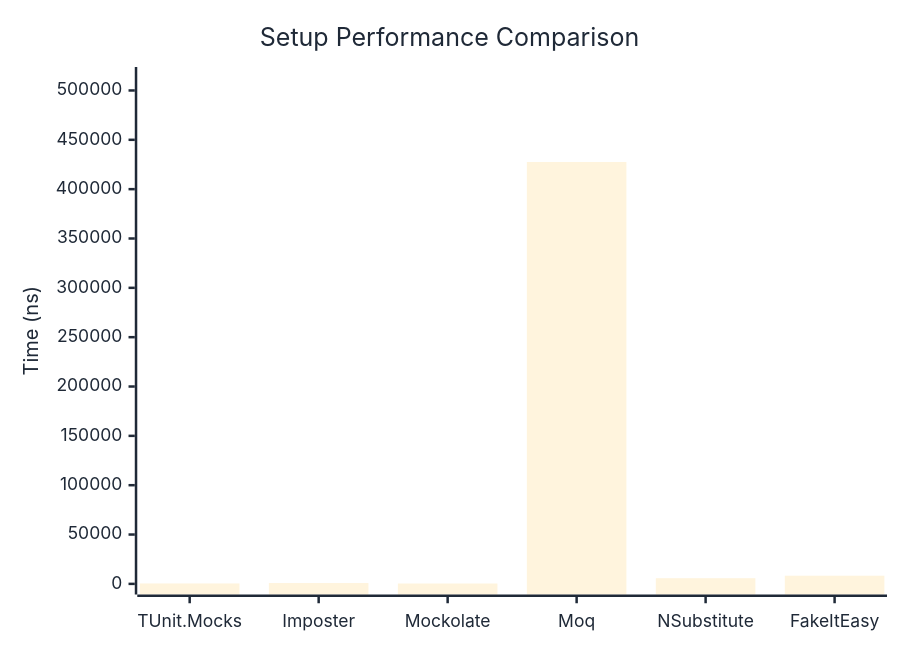
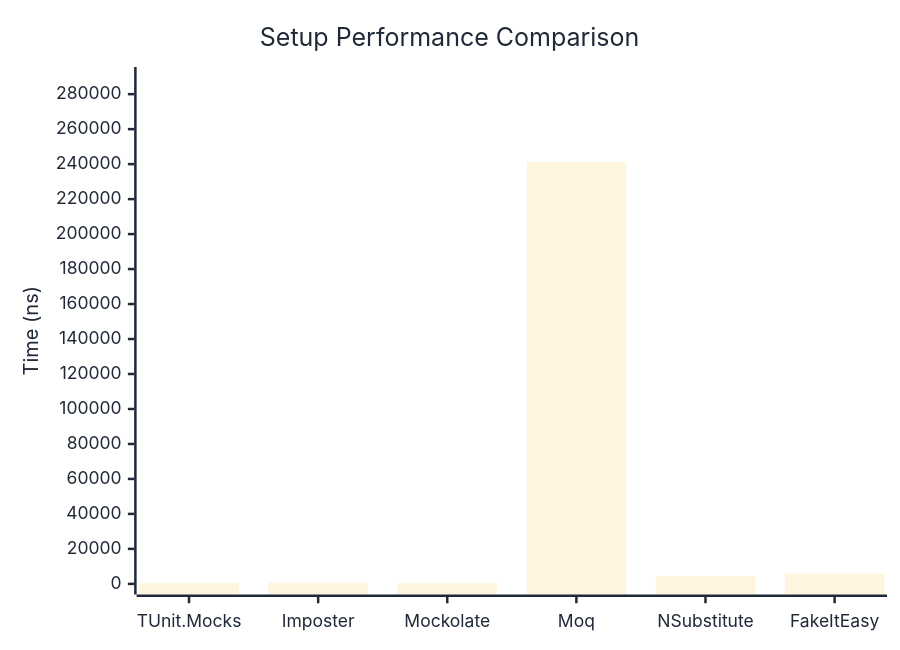
One commit to weiyilai/TUnit changed the first of 2 diagrams in docs/docs/benchmarks/mocks/Setup.md. Above: the diagram before and after it, drawn with Mermaid. The commit also changed other lines of this file and 14 other files, not shown here.

````diff
--- a/docs/docs/benchmarks/mocks/Setup.md
+++ b/docs/docs/benchmarks/mocks/Setup.md
@@ -28,27 +28,27 @@
 ```mermaid
 %%{init: {
   'theme':'base',
   'themeVariables': {
     'primaryColor': '#2563eb',
     'primaryTextColor': '#1f2937',
     'primaryBorderColor': '#1e40af',
     'lineColor': '#6b7280',
     'secondaryColor': '#7c3aed',
     'tertiaryColor': '#dc2626',
     'background': '#ffffff',
     'pie1': '#2563eb',
     'pie2': '#7c3aed',
     'pie3': '#dc2626',
     'pie4': '#f59e0b',
     'pie5': '#10b981',
     'pie6': '#06b6d4',
     'pie7': '#ec4899',
     'pie8': '#6366f1'
   }
 }}%%
 xychart-beta
   title "Setup Performance Comparison"
   x-axis ["TUnit.Mocks", "Imposter", "Mockolate", "Moq", "NSubstitute", "FakeItEasy"]
-  y-axis "Time (ns)" 0 --> 513020
-  bar [445, 842.6, 364, 427515.9, 5761, 8288.3]
+  y-axis "Time (ns)" 0 --> 289452
+  bar [362.5, 668.3, 298.6, 241209.7, 4431.4, 5799.6]
 ```
````
